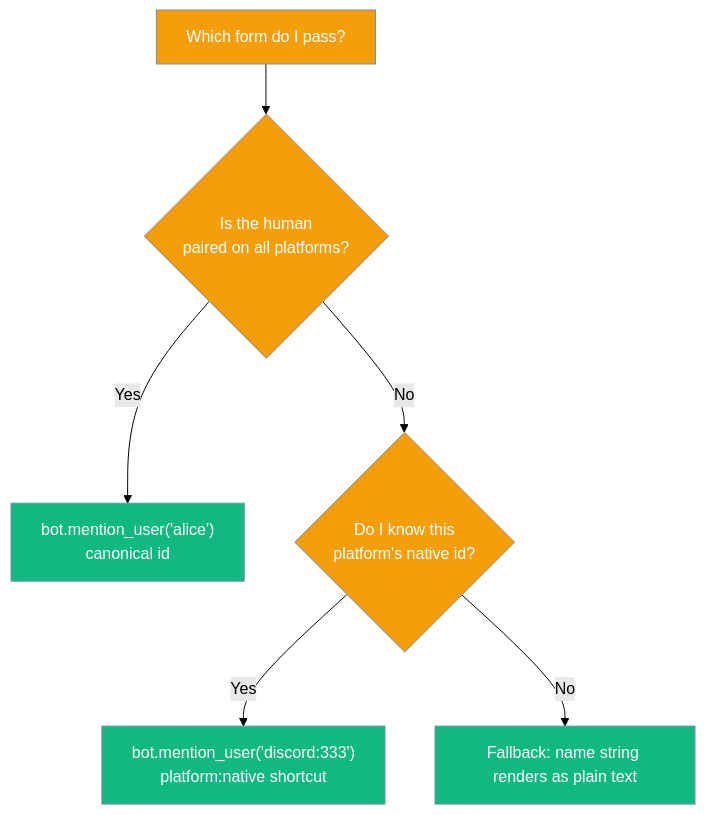
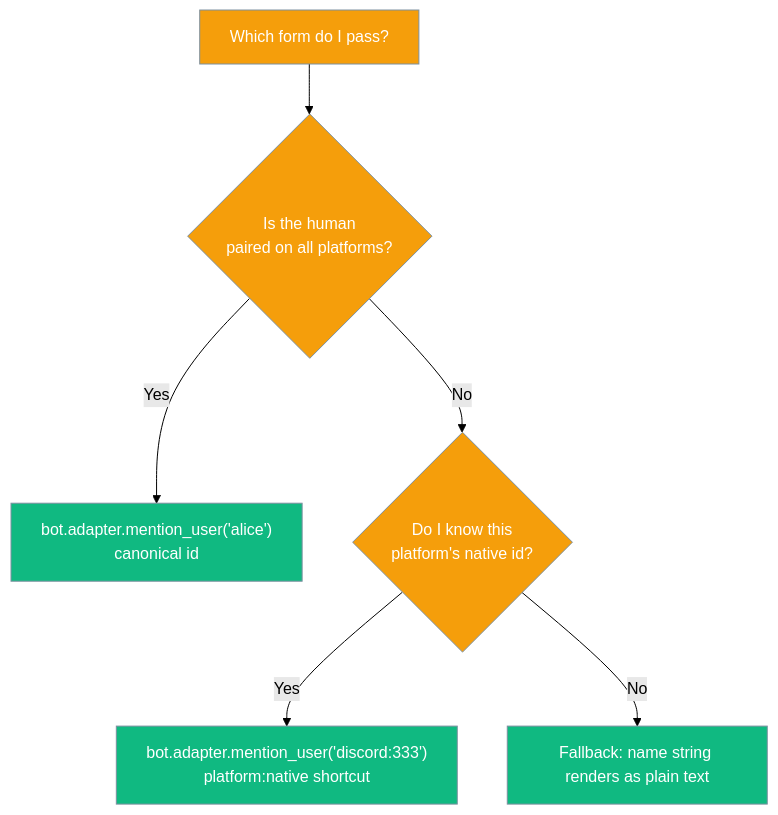
Before and after one commit to MervinPraison/PraisonAIDocs: the third of 3 diagrams in docs/features/bot-mention-user.mdx, drawn with Mermaid (forest theme). The commit also changed other lines of this file, not shown here.

Commit message:
fix: use bot.adapter.mention_user and correct IdentityLink field in Mention a Human page

````diff
--- a/docs/features/bot-mention-user.mdx
+++ b/docs/features/bot-mention-user.mdx
@@ -120,12 +120,12 @@
 ```mermaid
 graph TB
     Start[Which form do I pass?] --> Q1{Is the human<br/>paired on all platforms?}
-    Q1 -->|Yes| Canon["bot.mention_user('alice')<br/>canonical id"]
+    Q1 -->|Yes| Canon["bot.adapter.mention_user('alice')<br/>canonical id"]
     Q1 -->|No| Q2{Do I know this<br/>platform's native id?}
-    Q2 -->|Yes| Prefixed["bot.mention_user('discord:333')<br/>platform:native shortcut"]
+    Q2 -->|Yes| Prefixed["bot.adapter.mention_user('discord:333')<br/>platform:native shortcut"]
     Q2 -->|No| Fallback[Fallback: name string renders as plain text]
     classDef q fill:#F59E0B,stroke:#7C90A0,color:#fff
     classDef a fill:#10B981,stroke:#7C90A0,color:#fff
     class Q1,Q2,Start q
     class Canon,Prefixed,Fallback a
 ```
````
